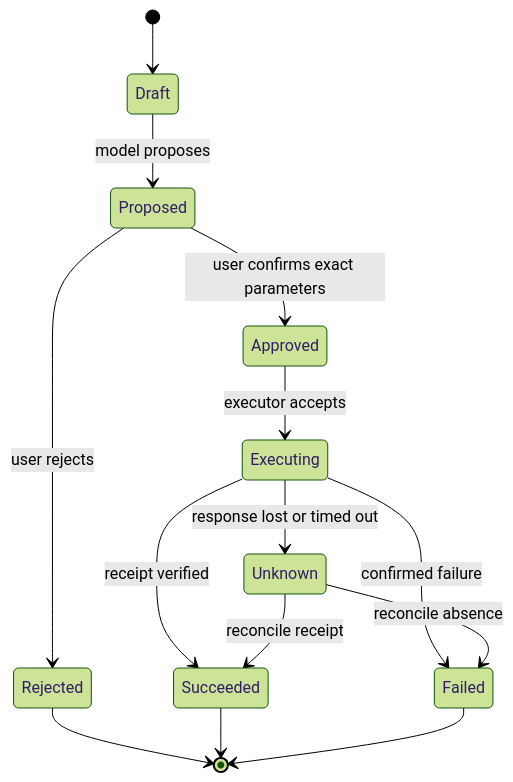
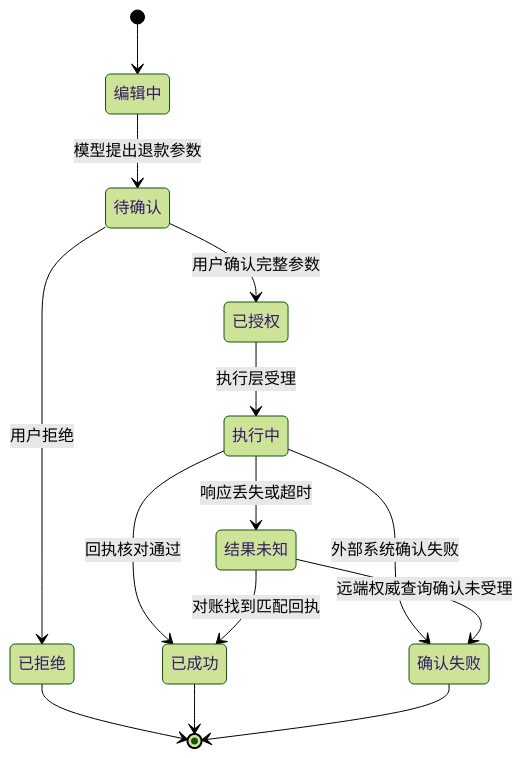
One commit to NightLemon/about-llm changed the diagram in docs/applications/product-design.md. Above: the diagram before and after it, drawn with Mermaid (forest theme). The commit also changed other lines of this file and 2 other files, not shown here.

````diff
--- a/docs/applications/product-design.md
+++ b/docs/applications/product-design.md
@@ -37,16 +88,24 @@
 ```mermaid
 stateDiagram-v2
+  state "编辑中" as Draft
+  state "待确认" as Proposed
+  state "已拒绝" as Rejected
+  state "已授权" as Approved
+  state "执行中" as Executing
+  state "已成功" as Succeeded
+  state "确认失败" as Failed
+  state "结果未知" as Unknown
   [*] --> Draft
-  Draft --> Proposed: model proposes
-  Proposed --> Rejected: user rejects
-  Proposed --> Approved: user confirms exact parameters
-  Approved --> Executing: executor accepts
-  Executing --> Succeeded: receipt verified
-  Executing --> Failed: confirmed failure
-  Executing --> Unknown: response lost or timed out
-  Unknown --> Succeeded: reconcile receipt
-  Unknown --> Failed: reconcile absence
+  Draft --> Proposed: 模型提出退款参数
+  Proposed --> Rejected: 用户拒绝
+  Proposed --> Approved: 用户确认完整参数
+  Approved --> Executing: 执行层受理
+  Executing --> Succeeded: 回执核对通过
+  Executing --> Failed: 外部系统确认失败
+  Executing --> Unknown: 响应丢失或超时
+  Unknown --> Succeeded: 对账找到匹配回执
+  Unknown --> Failed: 远端权威查询确认未受理
   Rejected --> [*]
   Succeeded --> [*]
   Failed --> [*]
 ```
````
